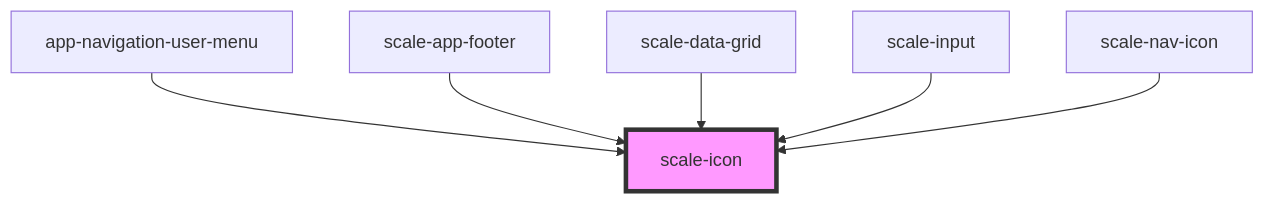
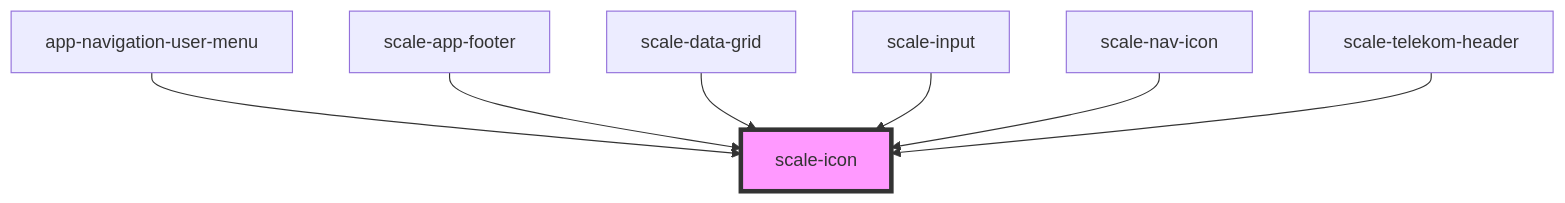
One commit to telekom/scale changed the diagram in packages/components/src/components/icon/readme.md. Above: the diagram before and after it, drawn with Mermaid. The commit also changed other lines of this file and 15 other files, not shown here.

Commit message:
feat(telekom-header): data api

````diff
--- a/packages/components/src/components/icon/readme.md
+++ b/packages/components/src/components/icon/readme.md
@@ -33,9 +34,10 @@
 ```mermaid
 graph TD;
   app-navigation-user-menu --> scale-icon
   scale-app-footer --> scale-icon
   scale-data-grid --> scale-icon
   scale-input --> scale-icon
   scale-nav-icon --> scale-icon
+  scale-telekom-header --> scale-icon
   style scale-icon fill:#f9f,stroke:#333,stroke-width:4px
 ```
````
